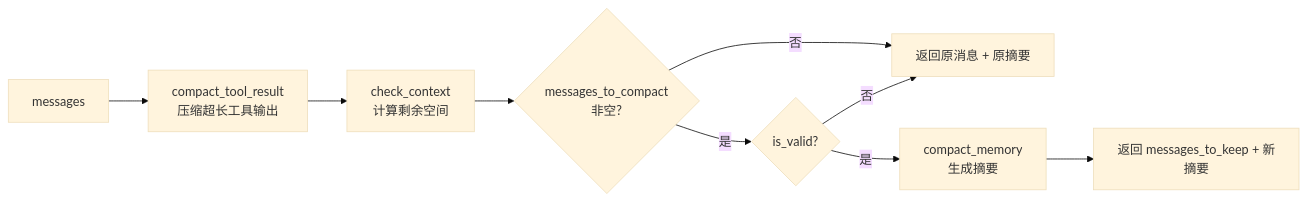
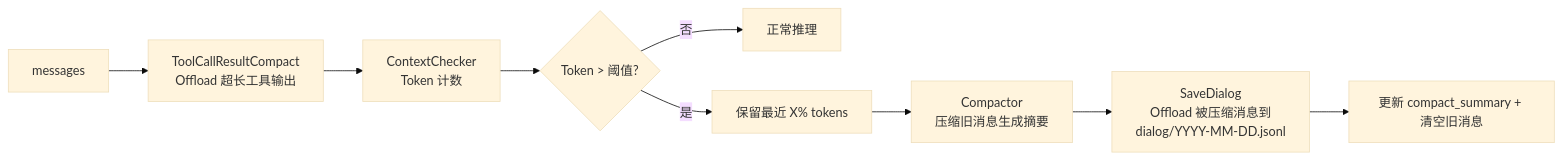
The fifth of 9 diagrams in docs/context.zh.md (cofly-io/xClaw), drawn with Mermaid (base theme) before and after one commit. The commit also changed other lines of this file and 226 other files, not shown here.

````diff
--- a/docs/context.zh.md
+++ b/docs/context.zh.md
@@ -85,11 +126,11 @@
 ```mermaid
-graph LR
-    M[messages] --> TC[compact_tool_result<br>压缩超长工具输出]
-    TC --> CC[check_context<br>计算剩余空间]
-    CC --> D{messages_to_compact<br>非空?}
-    D -->|否| K[返回原消息 + 原摘要]
-    D -->|是| V{is_valid?}
-    V -->|否| K
-    V -->|是| CM[compact_memory<br>生成摘要]
-    CM --> R[返回 messages_to_keep + 新摘要]
+flowchart LR
+    M[messages] --> TC[ToolCallResultCompact<br>Offload 超长工具输出]
+    TC --> CC[ContextChecker<br>Token 计数]
+    CC --> D{Token > 阈值?}
+    D -->|否| K[正常推理]
+    D -->|是| E[保留最近 X% tokens]
+    E --> CM[Compactor<br>压缩旧消息生成摘要]
+    CM --> SD[SaveDialog<br>Offload 被压缩消息到<br>dialog/YYYY-MM-DD.jsonl]
+    SD --> R[更新 compact_summary + 清空旧消息]
 ```
````
